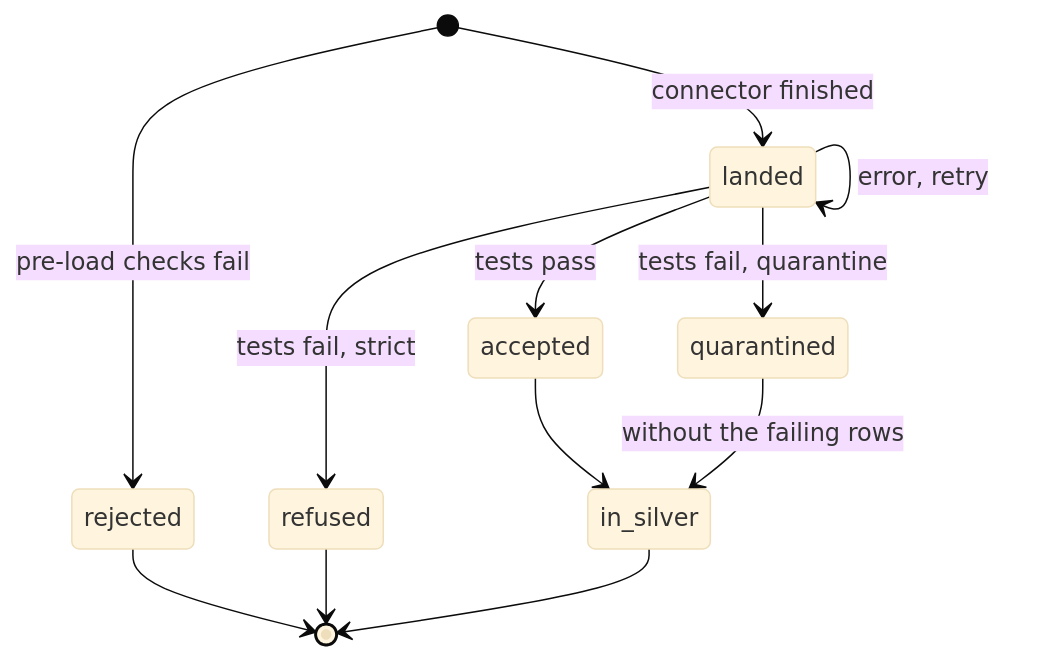
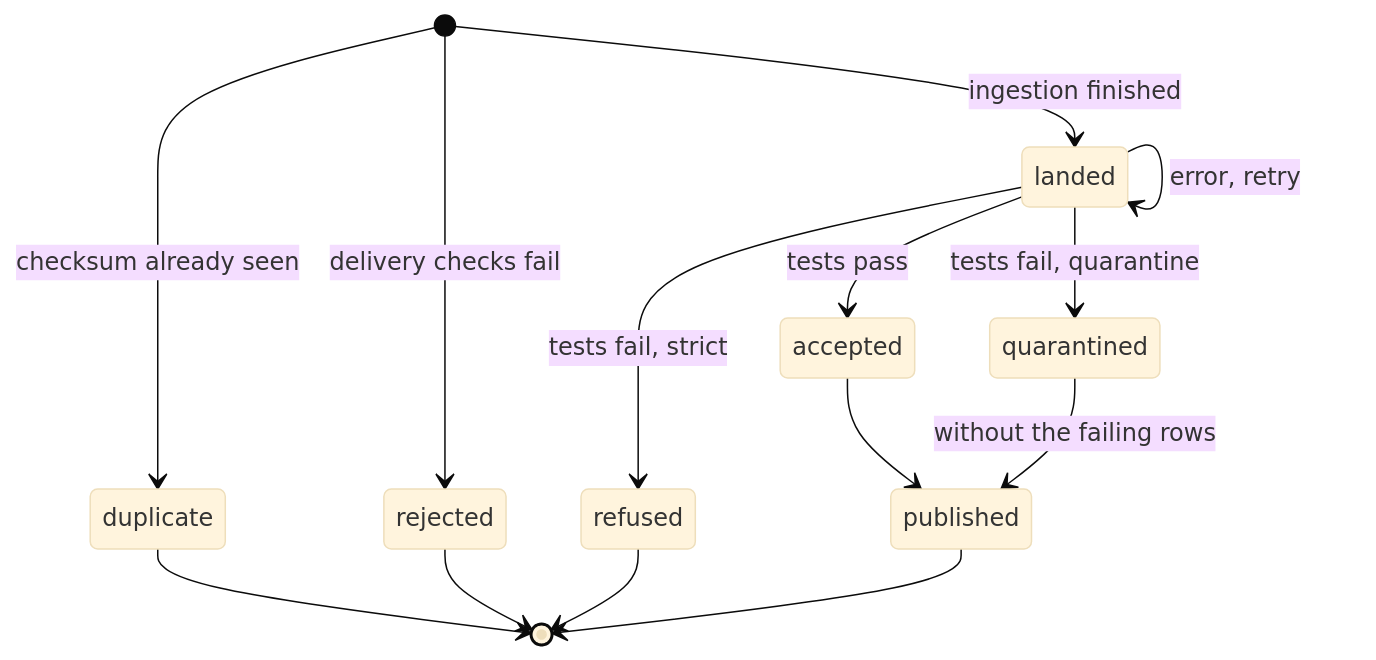
One commit to le1douglas/DataWarehouse changed the third of 8 diagrams in docs/ARCHITECTURE_PROPOSAL.md. Above: the diagram before and after it, drawn with Mermaid (base theme). The commit also changed other lines of this file, not shown here.

Commit message:
start of architectural plan

````diff
--- a/docs/ARCHITECTURE_PROPOSAL.md
+++ b/docs/ARCHITECTURE_PROPOSAL.md
@@ -80,14 +118,16 @@
 ```mermaid
 stateDiagram-v2
-    [*] --> rejected: pre-load checks fail
-    [*] --> landed: connector finished
+    [*] --> duplicate: checksum already seen
+    [*] --> rejected: delivery checks fail
+    [*] --> landed: ingestion finished
     landed --> landed: error, retry
     landed --> accepted: tests pass
     landed --> refused: tests fail, strict
     landed --> quarantined: tests fail, quarantine
-    accepted --> in_silver
-    quarantined --> in_silver: without the failing rows
+    accepted --> published
+    quarantined --> published: without the failing rows
+    duplicate --> [*]
     rejected --> [*]
     refused --> [*]
-    in_silver --> [*]
+    published --> [*]
 ```
````
